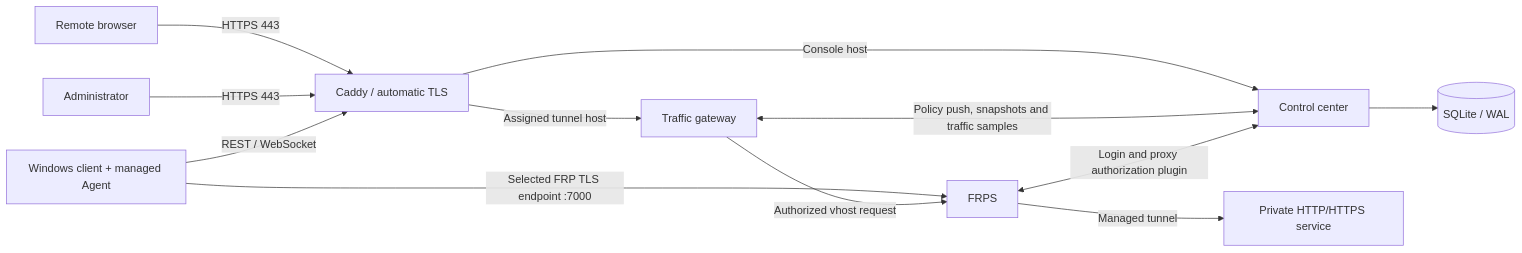
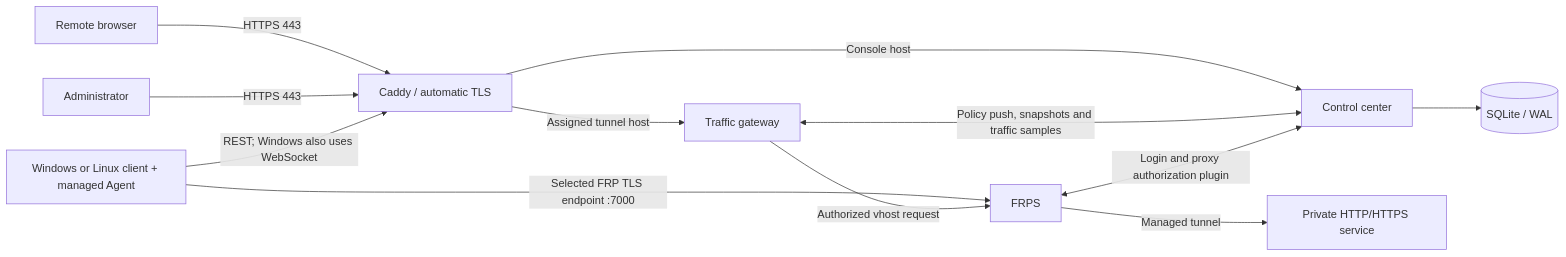
The diagram in docs/ARCHITECTURE.md (ZHanry/home-tunnel-server), drawn with Mermaid before and after one commit. The commit also changed other lines of this file and 40 other files, not shown here.

Commit message:
Release Home Tunnel 2.3.0 with Linux client and refreshed UI

````diff
--- a/docs/ARCHITECTURE.md
+++ b/docs/ARCHITECTURE.md
@@ -5,14 +5,14 @@
 ```mermaid
 flowchart LR
     Visitor["Remote browser"] -->|"HTTPS 443"| Caddy["Caddy / automatic TLS"]
     Admin["Administrator"] -->|"HTTPS 443"| Caddy
-    Client["Windows client + managed Agent"] -->|"REST / WebSocket"| Caddy
+    Client["Windows or Linux client + managed Agent"] -->|"REST; Windows also uses WebSocket"| Caddy
     Client -->|"Selected FRP TLS endpoint :7000"| FRPS["FRPS"]
     Caddy -->|"Console host"| Control["Control center"]
     Caddy -->|"Assigned tunnel host"| Gateway["Traffic gateway"]
     Gateway -->|"Authorized vhost request"| FRPS
     FRPS -->|"Managed tunnel"| Local["Private HTTP/HTTPS service"]
     Control --> SQLite[("SQLite / WAL")]
     Gateway <-->|"Policy push, snapshots and traffic samples"| Control
     FRPS <-->|"Login and proxy authorization plugin"| Control
 ```
````
